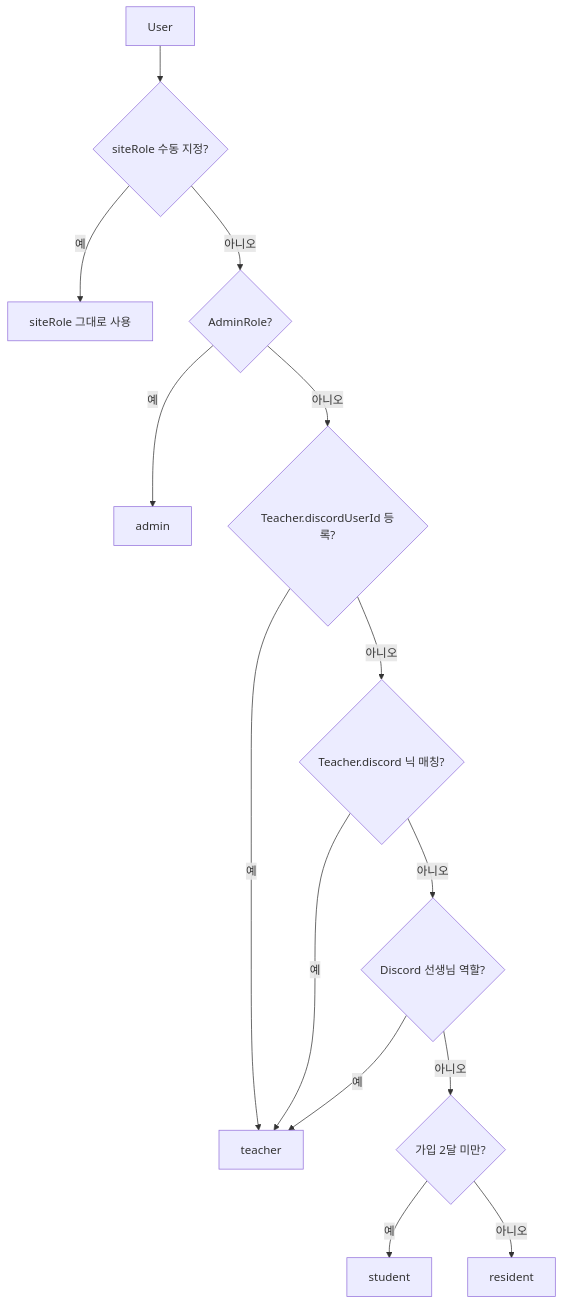
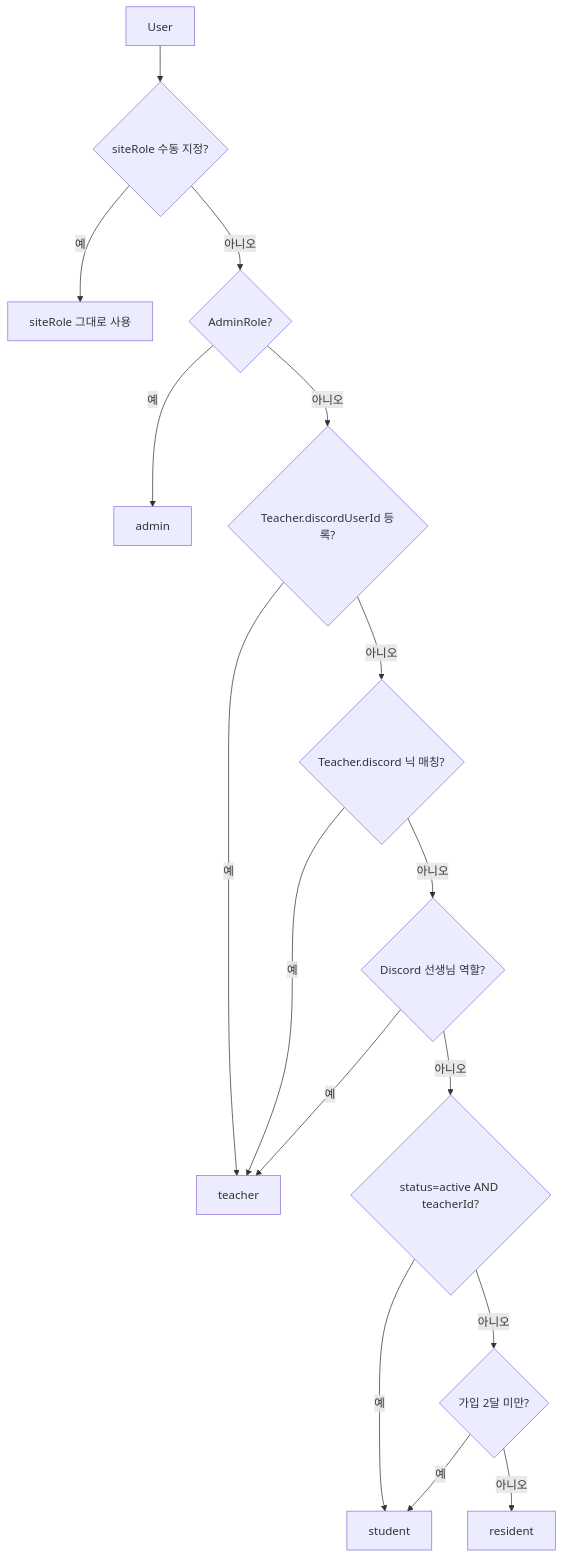
The first of 3 diagrams in README.md (zyansuh/ow_school), drawn with Mermaid before and after one commit. The commit also changed other lines of this file, not shown here.

````diff
--- a/README.md
+++ b/README.md
@@ -85,16 +90,18 @@
 ```mermaid
 flowchart TD
     A[User] --> B{siteRole 수동 지정?}
     B -->|예| C[siteRole 그대로 사용]
     B -->|아니오| D{AdminRole?}
     D -->|예| E[admin]
     D -->|아니오| F{Teacher.discordUserId 등록?}
     F -->|예| G[teacher]
     F -->|아니오| H{Teacher.discord 닉 매칭?}
     H -->|예| G
     H -->|아니오| I{Discord 선생님 역할?}
     I -->|예| G
-    I -->|아니오| J{가입 2달 미만?}
+    I -->|아니오| J{status=active AND teacherId?}
     J -->|예| K[student]
-    J -->|아니오| L[resident]
+    J -->|아니오| L{가입 2달 미만?}
+    L -->|예| K
+    L -->|아니오| M[resident]
 ```
````
